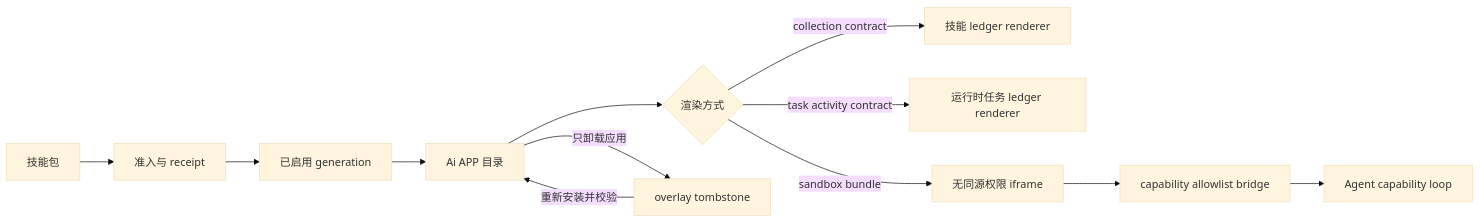
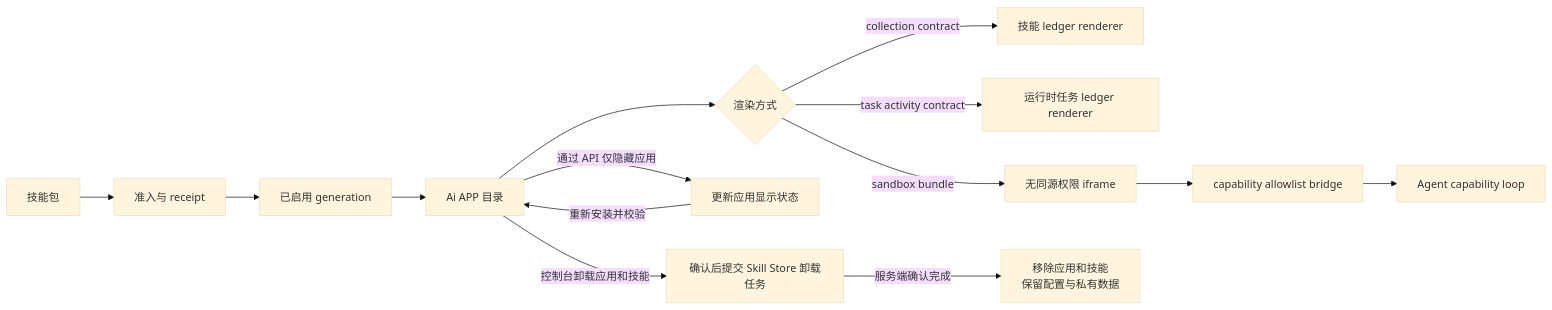
Before and after one commit to MatrixCoreX/RustClaw: the ninth of 9 diagrams in README.zh-CN.md, drawn with Mermaid (base theme). The commit also changed other lines of this file and 3 other files, not shown here.

````diff
--- a/README.zh-CN.md
+++ b/README.zh-CN.md
@@ -1083,14 +1107,16 @@
 ```mermaid
 flowchart LR
     P[技能包] --> A[准入与 receipt]
     A --> G[已启用 generation]
     G --> C[Ai APP 目录]
     C --> H{渲染方式}
     H -->|collection contract| R[技能 ledger renderer]
     H -->|task activity contract| Q[运行时任务 ledger renderer]
     H -->|sandbox bundle| F[无同源权限 iframe]
     F --> B[capability allowlist bridge]
     B --> L[Agent capability loop]
-    C -->|只卸载应用| T[overlay tombstone]
+    C -->|通过 API 仅隐藏应用| T[更新应用显示状态]
     T -->|重新安装并校验| C
+    C -->|控制台卸载应用和技能| U[确认后提交 Skill Store 卸载任务]
+    U -->|服务端确认完成| X[移除应用和技能<br/>保留配置与私有数据]
 ```
````
